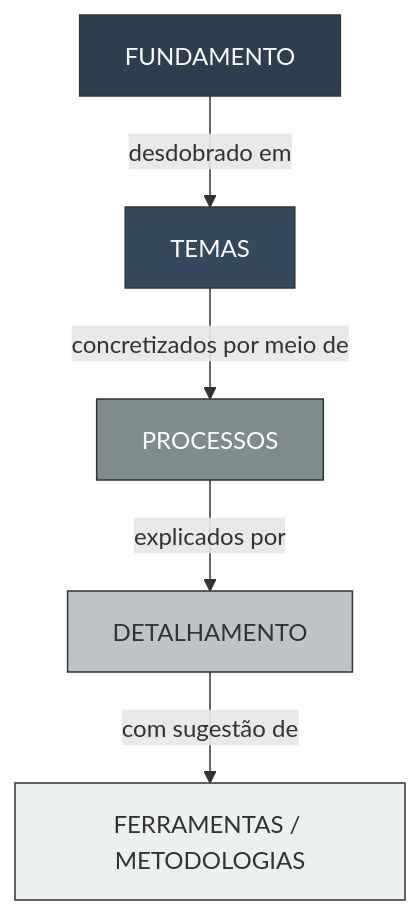
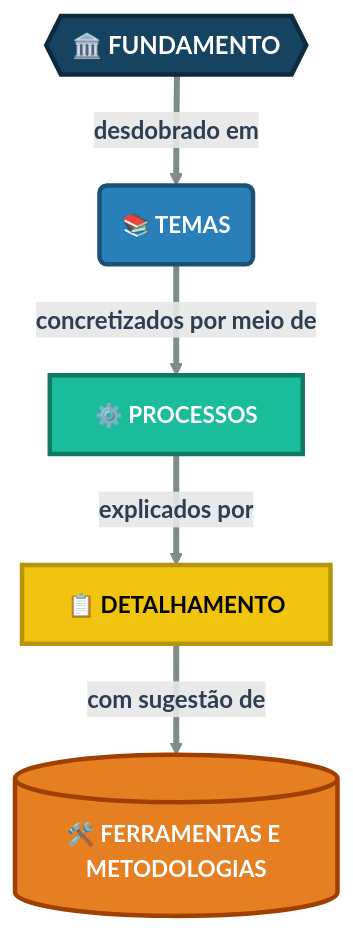
Before and after one commit to rafasfer2/MiningAnalyticsBook: the fifth of 10 diagrams in chapters/cap2-modelos-gestao.qmd, drawn with Mermaid. The commit also changed other lines of this file and 110 other files, not shown here.

````diff
--- a/chapters/cap2-modelos-gestao.qmd
+++ b/chapters/cap2-modelos-gestao.qmd
@@ -506,15 +565,35 @@
 ```{mermaid}
 %%| label: fig-estrutura-meg
 %%| fig-cap: "Estrutura Conceitual de Desdobramento do MEG"
-graph TD
-   F[FUNDAMENTO] -->|desdobrado em| T[TEMAS]
-   T -->|concretizados por meio de| P[PROCESSOS]
-   P -->|explicados por| D[DETALHAMENTO]
-   D -->|com sugestão de| M[FERRAMENTAS / METODOLOGIAS]
+flowchart TD
 
-   style F fill:#2c3e50,stroke:#333,color:#fff
-   style T fill:#34495e,stroke:#333,color:#fff
-   style P fill:#7f8c8d,stroke:#333,color:#fff
-   style D fill:#bdc3c7,stroke:#333
-   style M fill:#ecf0f1,stroke:#333
+    %% --- CONFIGURAÇÃO DE ESTILOS (Cascata do Abstrato para o Prático) ---
+    classDef fund fill:#154360,stroke:#0d2b3e,stroke-width:3px,color:#ffffff,font-size:16px,font-weight:bold
+    classDef tema fill:#2980b9,stroke:#1a5276,stroke-width:3px,color:#ffffff,font-size:15px,font-weight:bold
+    classDef proc fill:#1abc9c,stroke:#117864,stroke-width:3px,color:#ffffff,font-size:15px,font-weight:bold
+    classDef deta fill:#f1c40f,stroke:#b7950b,stroke-width:3px,color:#000000,font-size:15px,font-weight:bold
+    classDef tool fill:#e67e22,stroke:#a04000,stroke-width:3px,color:#ffffff,font-size:15px,font-weight:bold
+
+    %% --- ESTRUTURA DOS NÓS (Diferenciando Conceito de Ferramenta) ---
+    F{{"🏛️ FUNDAMENTO"}}
+    T("📚 TEMAS")
+    P["⚙️ PROCESSOS"]
+    D["📋 DETALHAMENTO"]
+    M[("🛠️ FERRAMENTAS E METODOLOGIAS")]
+
+    %% --- CONEXÕES (Com texto explicativo nas setas) ---
+    F == "desdobrado em" ==> T
+    T == "concretizados por meio de" ==> P
+    P == "explicados por" ==> D
+    D == "com sugestão de" ==> M
+
+    %% Engrossando a linha direcional principal
+    linkStyle default stroke:#7f8c8d,stroke-width:4px,color:#2c3e50,font-weight:bold
+
+    %% --- APLICAÇÃO DOS ESTILOS ---
+    class F fund;
+    class T tema;
+    class P proc;
+    class D deta;
+    class M tool;
 ```
````
